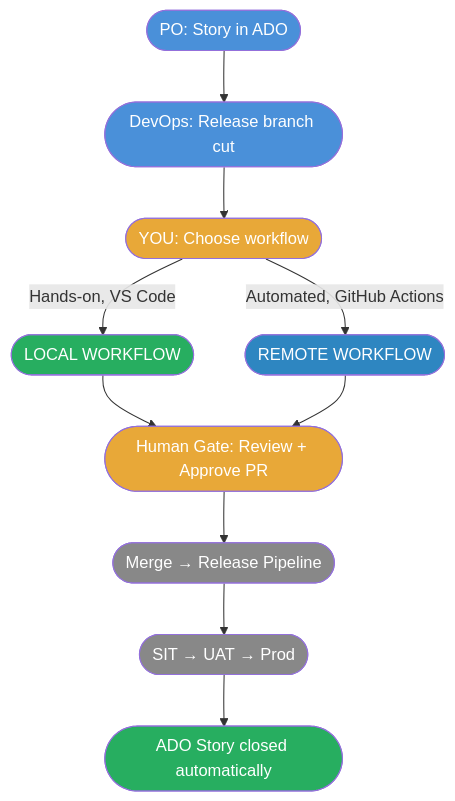
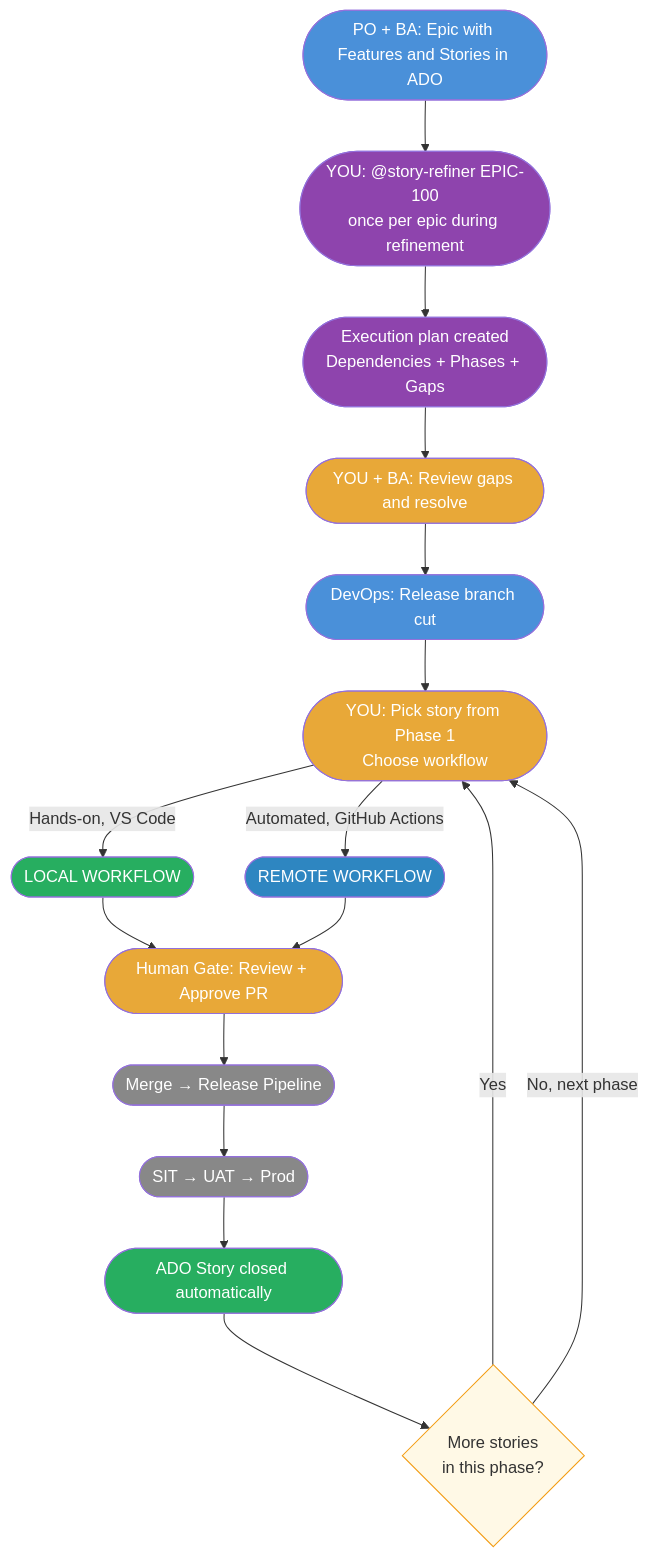
Before and after one commit to faizal13/sdlc-copilot-template: the first of 5 diagrams in docs/agentic-sdlc-flowchart.md, drawn with Mermaid. The commit also changed other lines of this file and 4 other files, not shown here.

````diff
--- a/docs/agentic-sdlc-flowchart.md
+++ b/docs/agentic-sdlc-flowchart.md
@@ -29,22 +30,37 @@
 ```mermaid
 flowchart TD
-    A([PO: Story in ADO]) --> B([DevOps: Release branch cut])
-    B --> C([YOU: Choose workflow])
-    C -->|Hands-on, VS Code| D([LOCAL WORKFLOW])
-    C -->|Automated, GitHub Actions| E([REMOTE WORKFLOW])
-    D --> F([Human Gate: Review + Approve PR])
-    E --> F
-    F --> G([Merge → Release Pipeline])
-    G --> H([SIT → UAT → Prod])
-    H --> I([ADO Story closed automatically])
+    A([PO + BA: Epic with Features and Stories in ADO]) --> B
+
+    B([YOU: @story-refiner EPIC-100<br/>once per epic during refinement])
+
+    B --> B1([Execution plan created<br/>Dependencies + Phases + Gaps])
+    B1 --> B2([YOU + BA: Review gaps and resolve])
+
+    B2 --> C([DevOps: Release branch cut])
+    C --> D([YOU: Pick story from Phase 1<br/>Choose workflow])
+
+    D -->|Hands-on, VS Code| E([LOCAL WORKFLOW])
+    D -->|Automated, GitHub Actions| F([REMOTE WORKFLOW])
+    E --> G([Human Gate: Review + Approve PR])
+    F --> G
+    G --> H([Merge → Release Pipeline])
+    H --> I([SIT → UAT → Prod])
+    I --> J([ADO Story closed automatically])
+    J --> K{More stories<br/>in this phase?}
+    K -->|Yes| D
+    K -->|No, next phase| D
 
     style A fill:#4A90D9,color:#fff
-    style B fill:#4A90D9,color:#fff
-    style C fill:#E8A838,color:#fff
-    style D fill:#27AE60,color:#fff
-    style E fill:#2E86C1,color:#fff
-    style F fill:#E8A838,color:#fff
-    style G fill:#888,color:#fff
+    style B fill:#8E44AD,color:#fff
+    style B1 fill:#8E44AD,color:#fff
+    style B2 fill:#E8A838,color:#fff
+    style C fill:#4A90D9,color:#fff
+    style D fill:#E8A838,color:#fff
+    style E fill:#27AE60,color:#fff
+    style F fill:#2E86C1,color:#fff
+    style G fill:#E8A838,color:#fff
     style H fill:#888,color:#fff
-    style I fill:#27AE60,color:#fff
+    style I fill:#888,color:#fff
+    style J fill:#27AE60,color:#fff
+    style K fill:#FFF9E6,stroke:#F39C12
 ```
````
